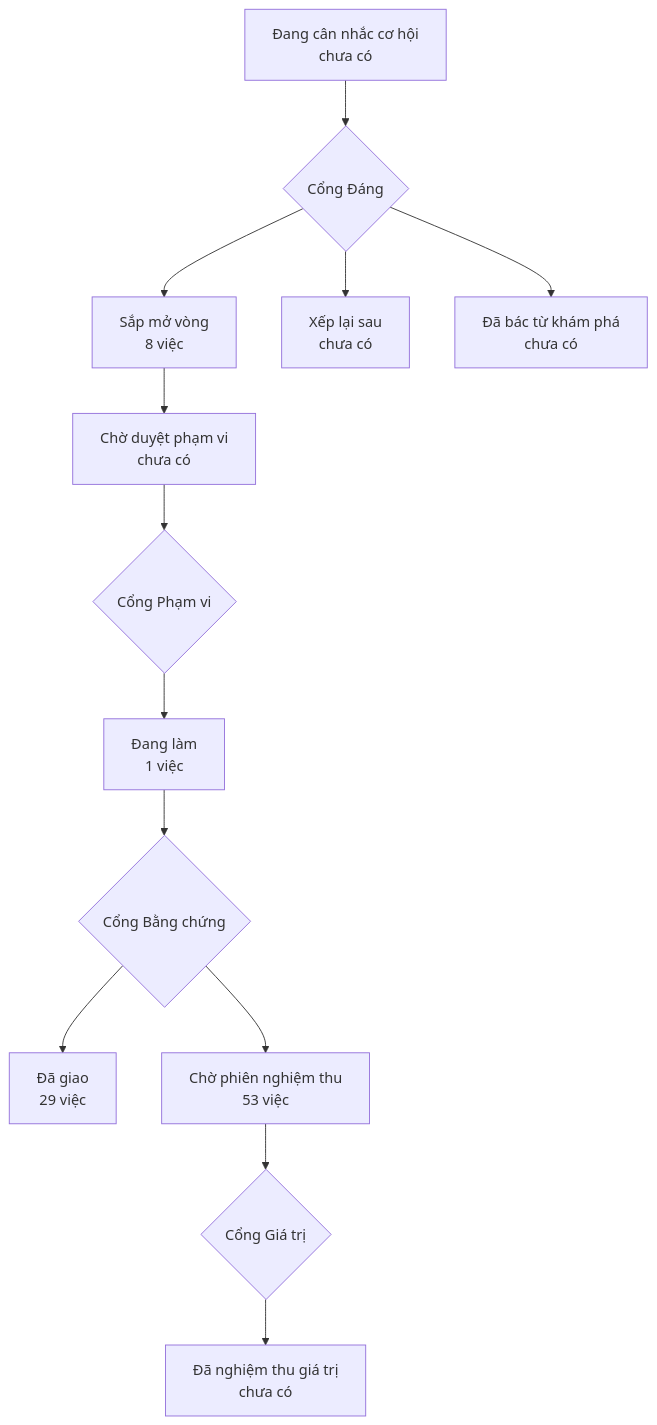
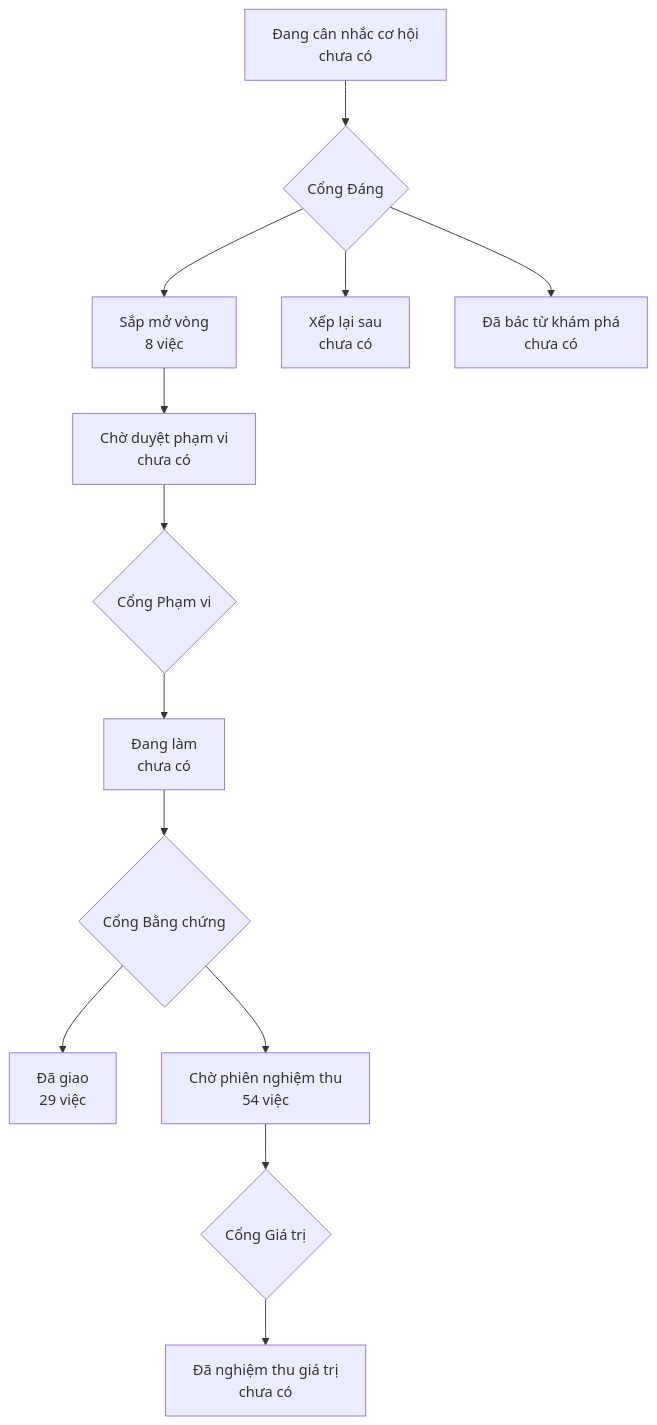
Before and after one commit to phanlemanh/onehub-inventory: the diagram in PRODUCT-MAP.md, drawn with Mermaid. The commit also changed other lines of this file and 4 other files, not shown here.

````diff
--- a/PRODUCT-MAP.md
+++ b/PRODUCT-MAP.md
@@ -7,12 +7,12 @@
 ```mermaid
 flowchart TD
   A["Đang cân nhắc cơ hội<br/>chưa có"] --> GD{"Cổng Đáng"}
   GD --> B["Sắp mở vòng<br/>8 việc"]
   GD --> XL["Xếp lại sau<br/>chưa có"]
   GD --> DB["Đã bác từ khám phá<br/>chưa có"]
   B --> CD["Chờ duyệt phạm vi<br/>chưa có"] --> GP{"Cổng Phạm vi"}
-  GP --> DL["Đang làm<br/>1 việc"] --> GB{"Cổng Bằng chứng"}
+  GP --> DL["Đang làm<br/>chưa có"] --> GB{"Cổng Bằng chứng"}
   GB --> DG["Đã giao<br/>29 việc"]
-  GB --> CN["Chờ phiên nghiệm thu<br/>53 việc"] --> GG{"Cổng Giá trị"}
+  GB --> CN["Chờ phiên nghiệm thu<br/>54 việc"] --> GG{"Cổng Giá trị"}
   GG --> NT["Đã nghiệm thu giá trị<br/>chưa có"]
 ```
````
